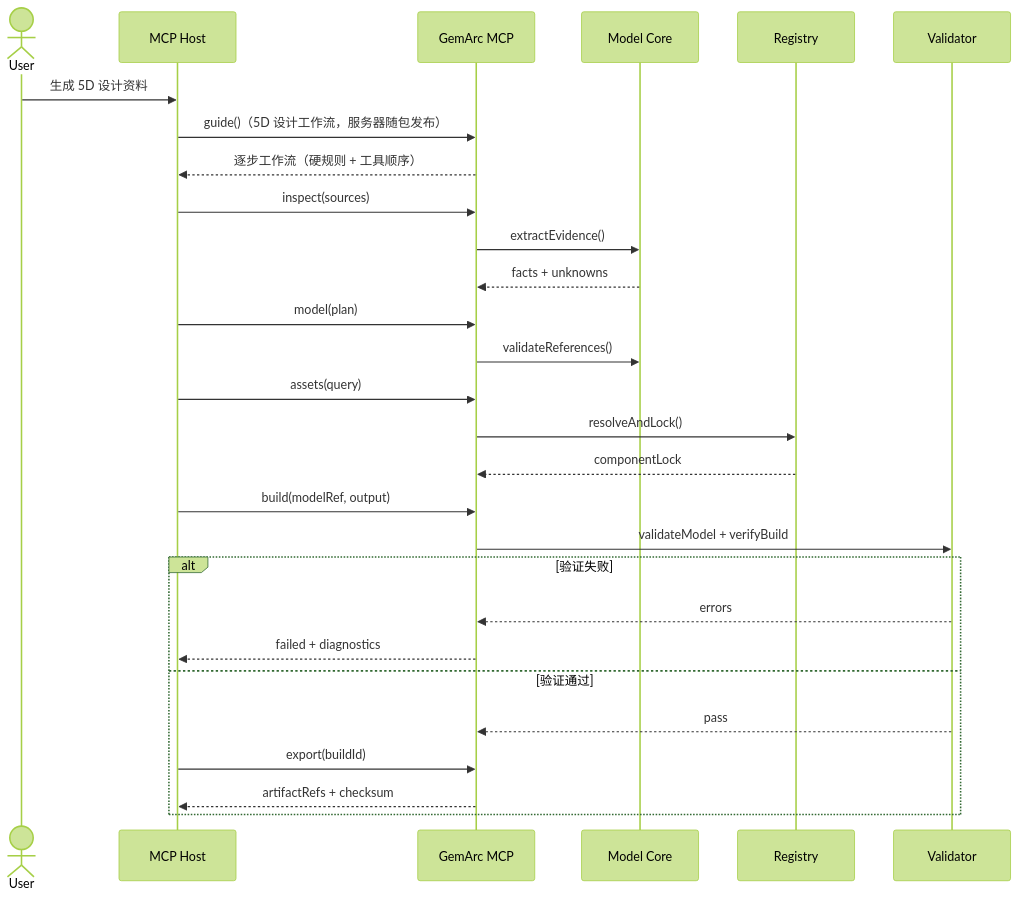
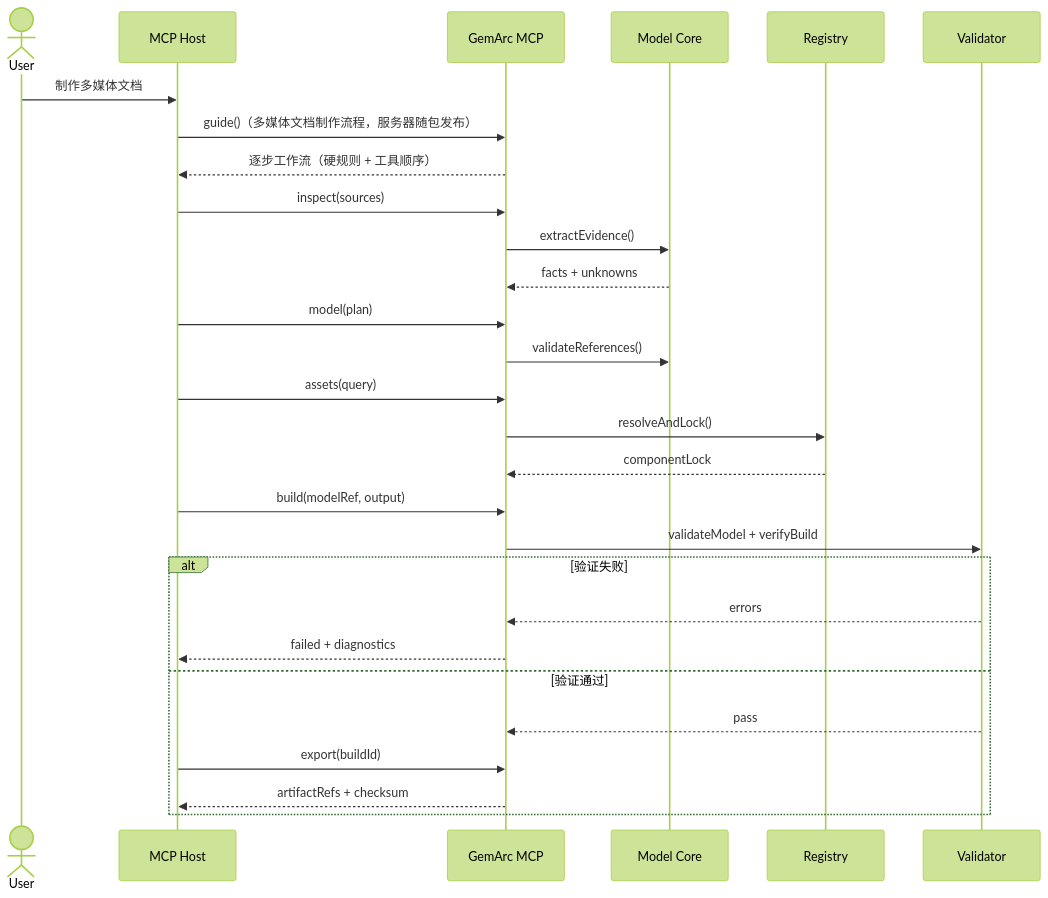
One commit to UlyssesLeoLee/GemArc changed the diagram in docs/06_图表/03_mcp_operation_sequence.mmd. Above: the diagram before and after it, drawn with Mermaid (forest theme). The commit also changed 71 other files, not shown here.

First line of the commit message:
命令改名「制作多媒体文档」，并采纳 v6.0 的 6D 执行图层与 UI/UX 一轮优化硬规则

```diff
--- a/docs/06_图表/03_mcp_operation_sequence.mmd
+++ b/docs/06_图表/03_mcp_operation_sequence.mmd
@@ -1,28 +1,28 @@
 sequenceDiagram
     actor User
     participant Host as MCP Host
     participant MCP as GemArc MCP
     participant Core as Model Core
     participant Assets as Registry
     participant QA as Validator
-    User->>Host: 生成 5D 设计资料
-    Host->>MCP: guide()（5D 设计工作流，服务器随包发布）
+    User->>Host: 制作多媒体文档
+    Host->>MCP: guide()（多媒体文档制作流程，服务器随包发布）
     MCP-->>Host: 逐步工作流（硬规则 + 工具顺序）
     Host->>MCP: inspect(sources)
     MCP->>Core: extractEvidence()
     Core-->>MCP: facts + unknowns
     Host->>MCP: model(plan)
     MCP->>Core: validateReferences()
     Host->>MCP: assets(query)
     MCP->>Assets: resolveAndLock()
     Assets-->>MCP: componentLock
     Host->>MCP: build(modelRef, output)
     MCP->>QA: validateModel + verifyBuild
     alt 验证失败
       QA-->>MCP: errors
       MCP-->>Host: failed + diagnostics
     else 验证通过
       QA-->>MCP: pass
       Host->>MCP: export(buildId)
       MCP-->>Host: artifactRefs + checksum
     end
```
